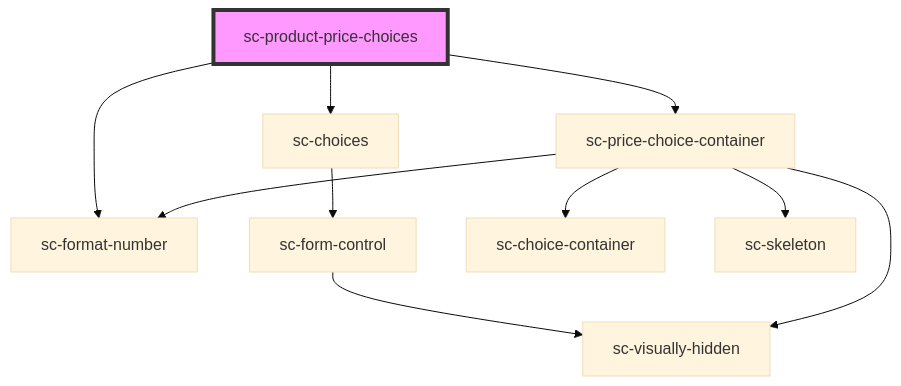
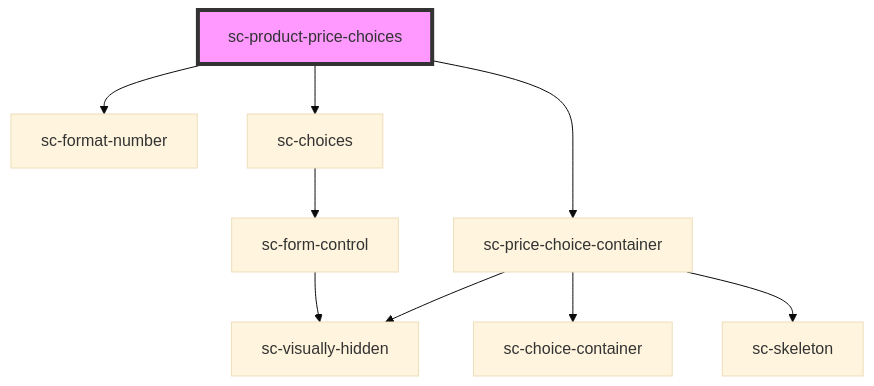
Before and after one commit to surecart/surecart-wp-plugin: the diagram in packages/components/src/components/controllers/product/sc-product-price-choices/readme.md, drawn with Mermaid (base theme). The commit also changed 37 other files, not shown here.

````diff
--- a/packages/components/src/components/controllers/product/sc-product-price-choices/readme.md
+++ b/packages/components/src/components/controllers/product/sc-product-price-choices/readme.md
@@ -26,13 +26,12 @@
 ```mermaid
 graph TD;
   sc-product-price-choices --> sc-format-number
   sc-product-price-choices --> sc-choices
   sc-product-price-choices --> sc-price-choice-container
   sc-choices --> sc-form-control
   sc-form-control --> sc-visually-hidden
-  sc-price-choice-container --> sc-format-number
   sc-price-choice-container --> sc-choice-container
   sc-price-choice-container --> sc-skeleton
   sc-price-choice-container --> sc-visually-hidden
   style sc-product-price-choices fill:#f9f,stroke:#333,stroke-width:4px
 ```
````
